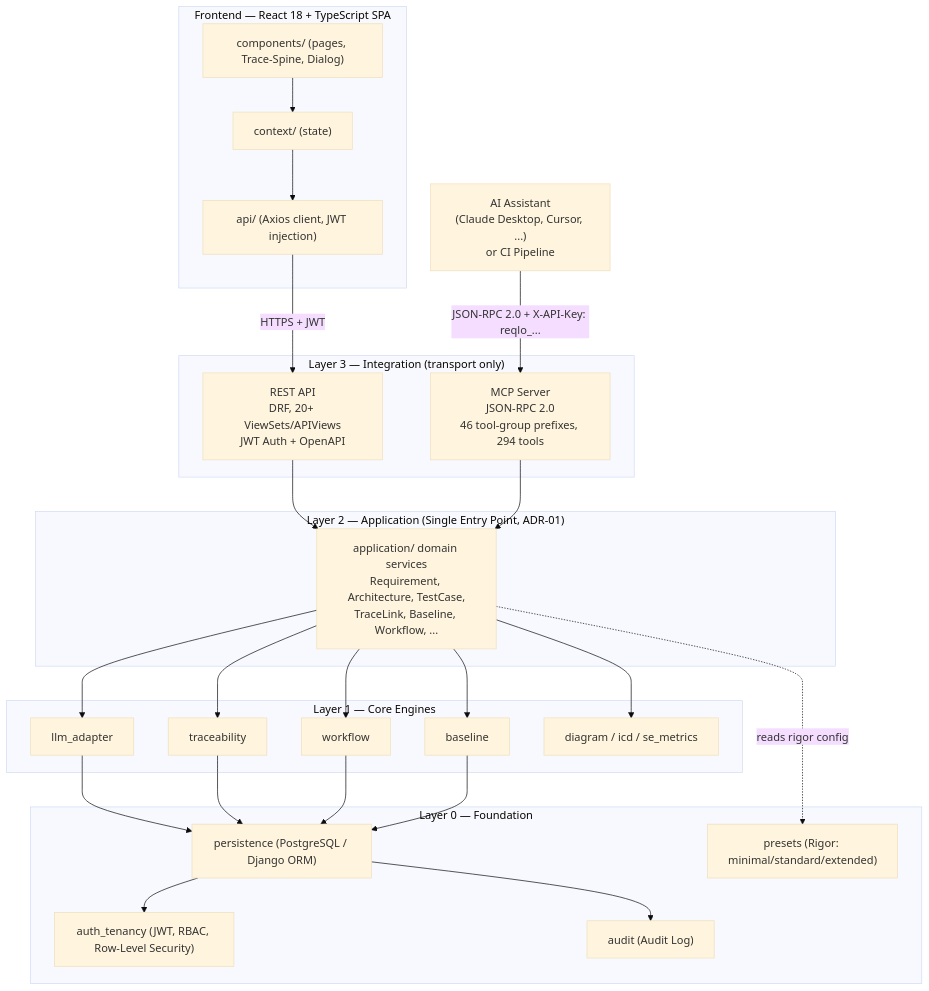
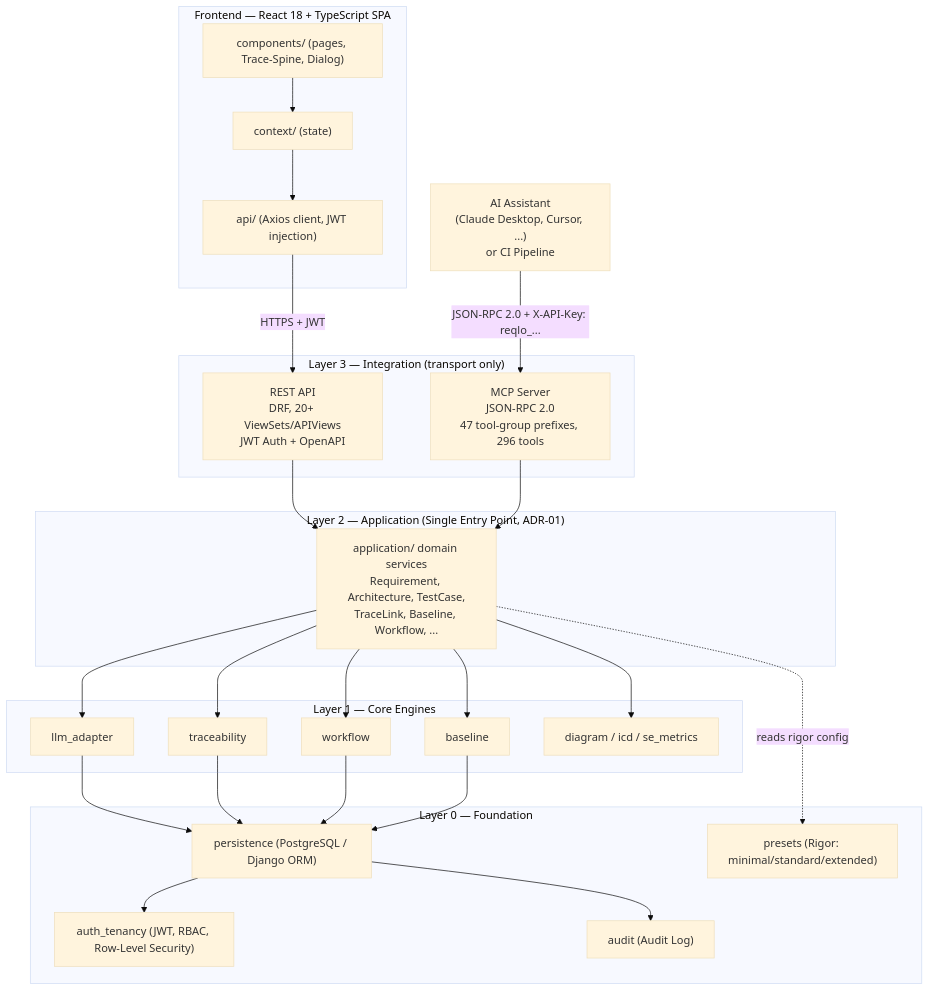
Before and after one commit to Popoboxxo/ReqogniLoom: the first of 3 diagrams in README.md, drawn with Mermaid (base theme). The commit also changed other lines of this file and 23 other files, not shown here.

First line of the commit message:
feat(summary): S6 summary read paths and MCP tools

````diff
--- a/README.md
+++ b/README.md
@@ -102,53 +102,53 @@
 ```mermaid
 graph TD
     subgraph FE["Frontend — React 18 + TypeScript SPA"]
         UI["components/ (pages, Trace-Spine, Dialog)"]
         CTX["context/ (state)"]
         APICLIENT["api/ (Axios client, JWT injection)"]
         UI --> CTX --> APICLIENT
     end
 
     EXT["AI Assistant<br/>(Claude Desktop, Cursor, ...)<br/>or CI Pipeline"]
 
     subgraph L3["Layer 3 — Integration (transport only)"]
         REST["REST API<br/>DRF, 20+ ViewSets/APIViews<br/>JWT Auth + OpenAPI"]
-        MCP["MCP Server<br/>JSON-RPC 2.0<br/>46 tool-group prefixes, 294 tools"]
+        MCP["MCP Server<br/>JSON-RPC 2.0<br/>47 tool-group prefixes, 296 tools"]
     end
 
     subgraph L2["Layer 2 — Application (Single Entry Point, ADR-01)"]
         APP["application/ domain services<br/>Requirement, Architecture, TestCase,<br/>TraceLink, Baseline, Workflow, ..."]
     end
 
     subgraph L1["Layer 1 — Core Engines"]
         LLM["llm_adapter"]
         TRACE["traceability"]
         WF["workflow"]
         BASE["baseline"]
         DIAG["diagram / icd / se_metrics"]
     end
 
     subgraph L0["Layer 0 — Foundation"]
         PERSIST["persistence (PostgreSQL / Django ORM)"]
         AUTH["auth_tenancy (JWT, RBAC, Row-Level Security)"]
         PRESET["presets (Rigor: minimal/standard/extended)"]
         AUDIT["audit (Audit Log)"]
     end
 
     APICLIENT -->|"HTTPS + JWT"| REST
     EXT -->|"JSON-RPC 2.0 + X-API-Key: reqlo_..."| MCP
 
     REST --> APP
     MCP --> APP
     APP --> LLM
     APP --> TRACE
     APP --> WF
     APP --> BASE
     APP --> DIAG
     APP -.->|"reads rigor config"| PRESET
     LLM --> PERSIST
     TRACE --> PERSIST
     WF --> PERSIST
     BASE --> PERSIST
     PERSIST --> AUTH
     PERSIST --> AUDIT
 ```
````
